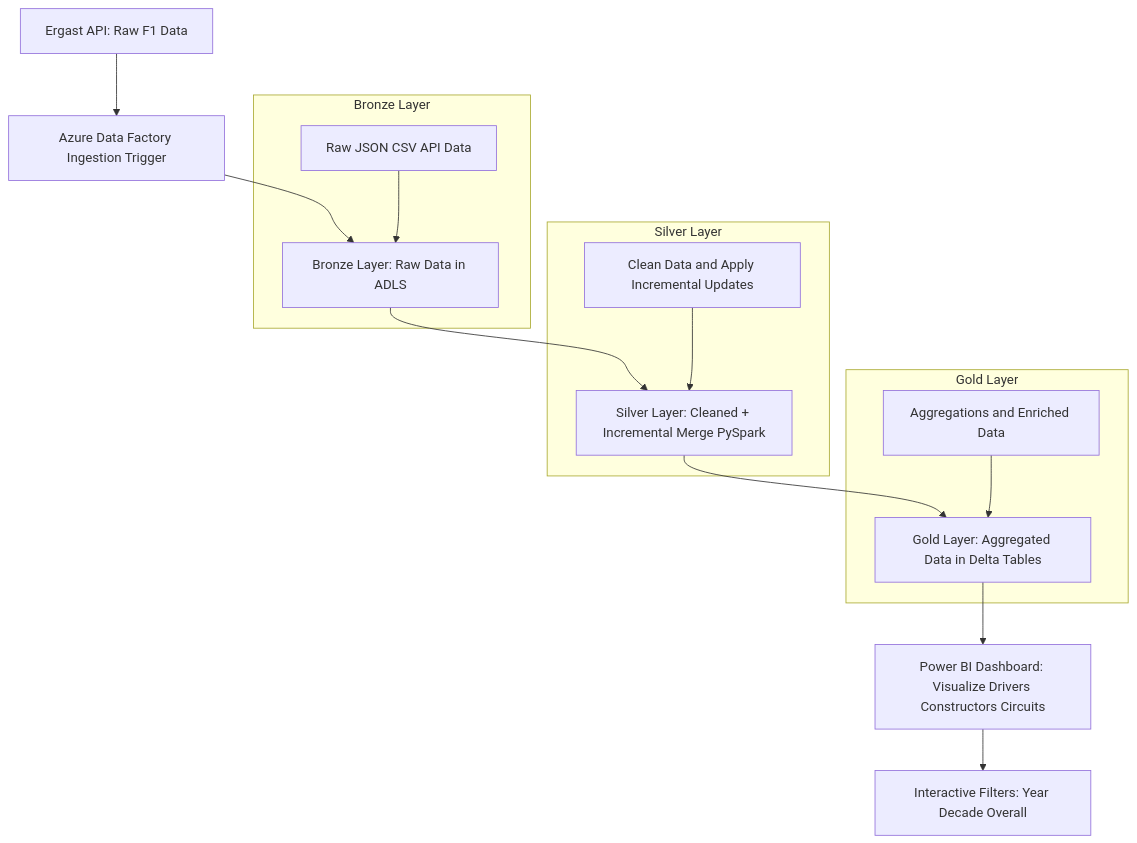
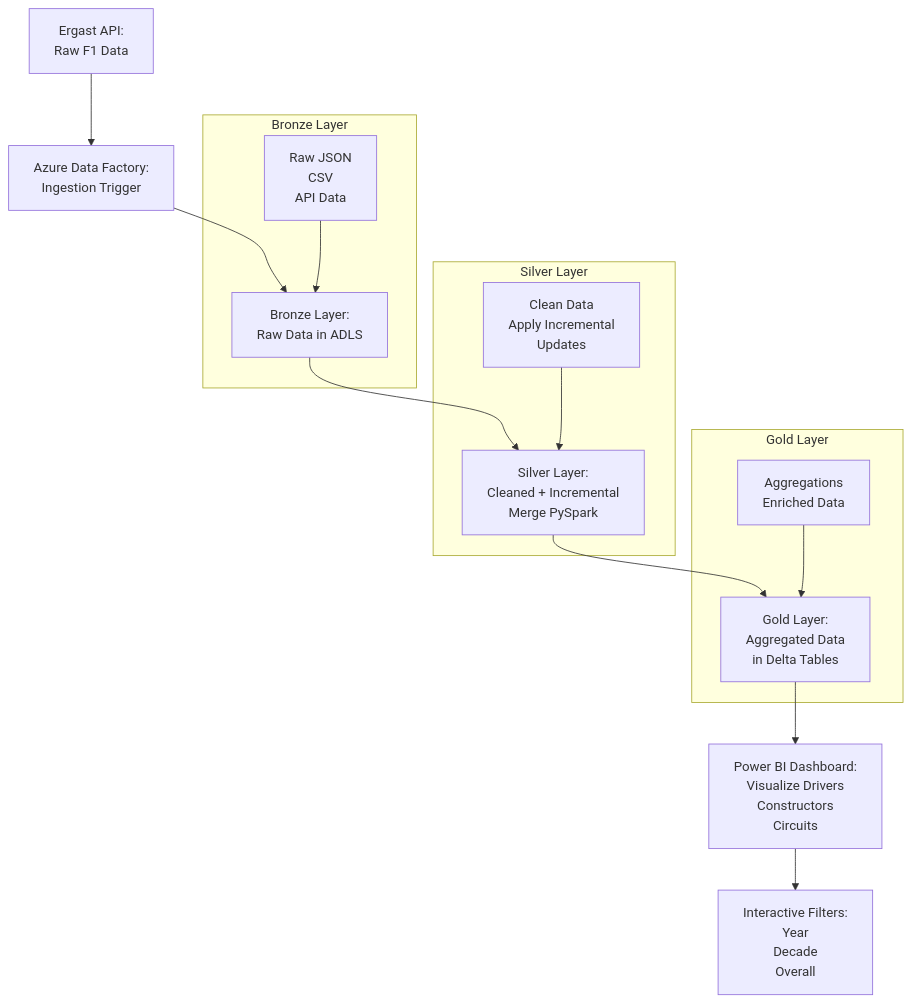
Before and after one commit to honda003/Formula1-Analytics-Platform: the first of 2 diagrams in README.md, drawn with Mermaid.

````diff
--- a/README.md
+++ b/README.md
@@ -59,23 +59,24 @@
 ```mermaid
 graph TD;
-    A[Ergast API: Raw F1 Data] --> B[Azure Data Factory Ingestion Trigger];
-    B --> C[Bronze Layer: Raw Data in ADLS];
-    C --> D[Silver Layer: Cleaned + Incremental Merge PySpark];
-    D --> E[Gold Layer: Aggregated Data in Delta Tables];
-    E --> F[Power BI Dashboard: Visualize Drivers Constructors Circuits];
+    A[Ergast API:<br>Raw F1 Data] --> B[Azure Data Factory:<br>Ingestion Trigger];
+    B --> C[Bronze Layer:<br>Raw Data in ADLS];
+    C --> D[Silver Layer:<br>Cleaned + Incremental<br>Merge PySpark];
+    D --> E[Gold Layer:<br>Aggregated Data<br>in Delta Tables];
+    E --> F[Power BI Dashboard:<br>Visualize Drivers<br>Constructors<br>Circuits];
 
     subgraph "Bronze Layer"
-        C1[Raw JSON CSV API Data] --> C
+        C1[Raw JSON<br>CSV<br>API Data] --> C
     end
 
     subgraph "Silver Layer"
-        D1[Clean Data and Apply Incremental Updates] --> D
+        D1[Clean Data<br>Apply Incremental<br>Updates] --> D
     end
 
     subgraph "Gold Layer"
-        E1[Aggregations and Enriched Data] --> E
+        E1[Aggregations<br>Enriched Data] --> E
     end
 
-    F --> G[Interactive Filters: Year Decade Overall];
+    F --> G[Interactive Filters:<br>Year<br>Decade<br>Overall];
+
 
 ```
````
